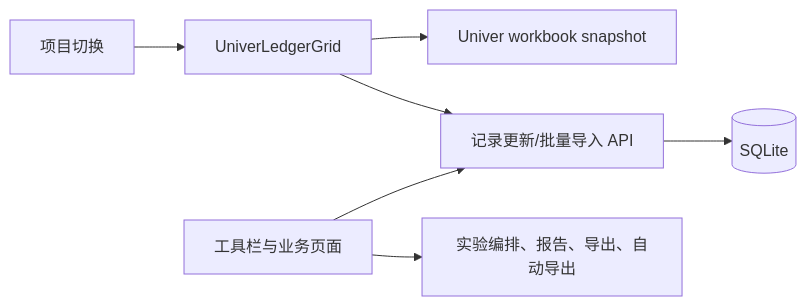
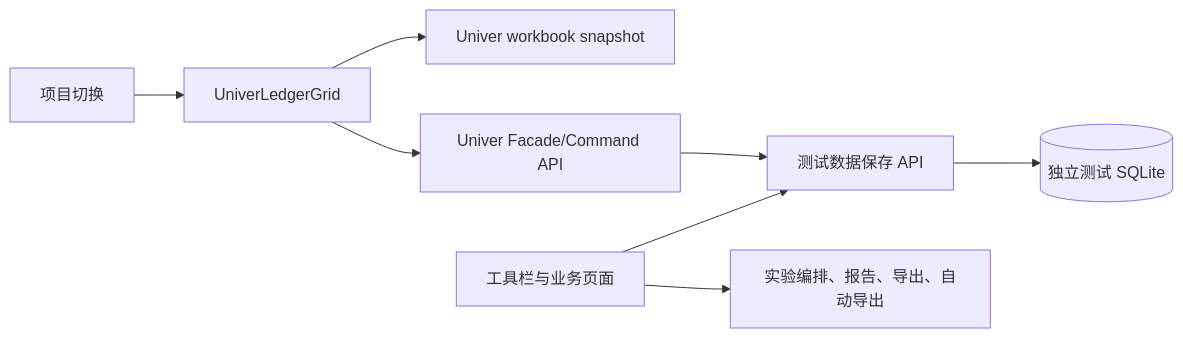
Before and after one commit to omentwo/GeneLabLedger: the second of 2 diagrams in docs/univer/architecture.md, drawn with Mermaid. The commit also changed other lines of this file and 5 other files, not shown here.

````diff
--- a/docs/univer/architecture.md
+++ b/docs/univer/architecture.md
@@ -24,9 +24,10 @@
 ```mermaid
 flowchart LR
   P[项目切换] --> W[UniverLedgerGrid]
   W --> S[Univer workbook snapshot]
-  W --> R[记录更新/批量导入 API]
-  R --> DB[(SQLite)]
+  W --> U[Univer Facade/Command API]
+  U --> R[测试数据保存 API]
+  R --> DB[(独立测试 SQLite)]
   T[工具栏与业务页面] --> R
   T --> X[实验编排、报告、导出、自动导出]
 ```
````
